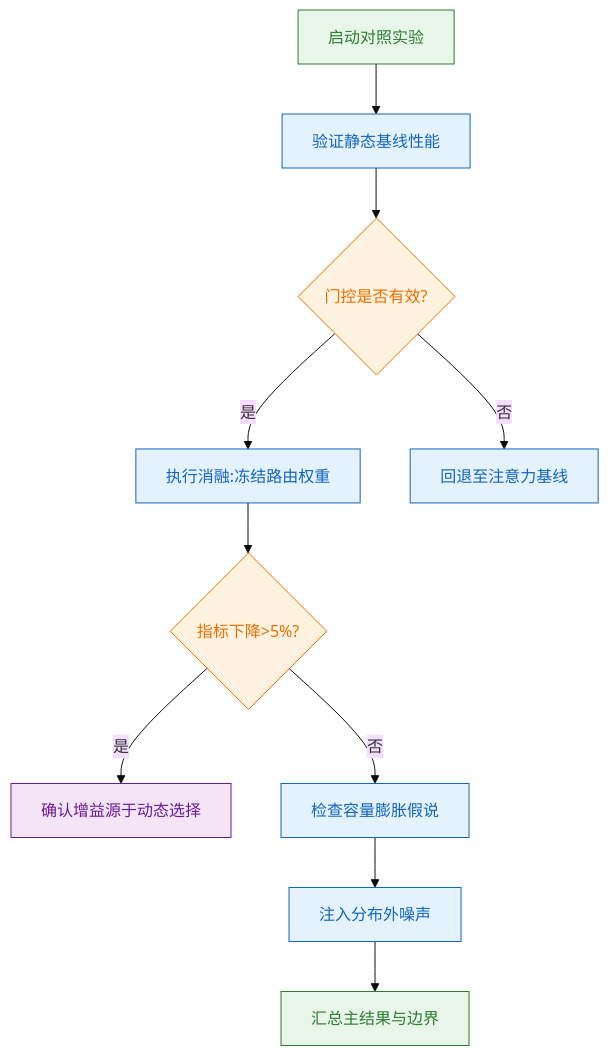
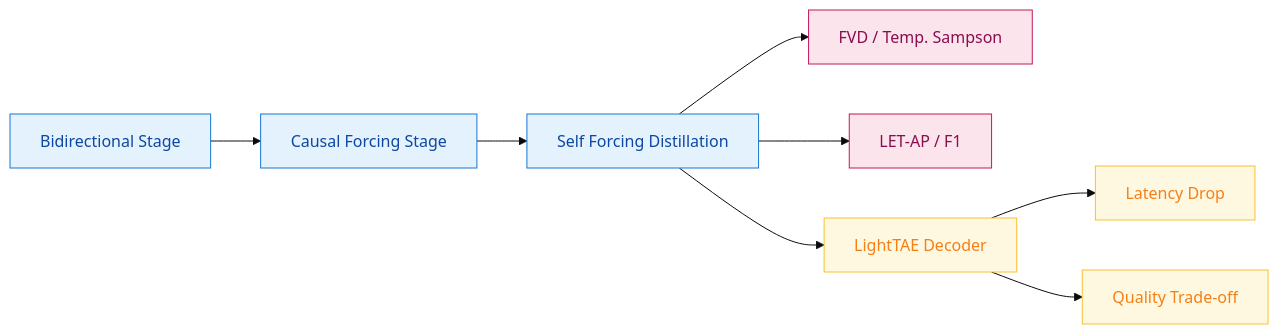
The sixth of 13 diagrams in person_vault/2026-06-12_OmniDreamsRealTimeGenerativeWorldModel_2606.03159/report.md (ShinewineW/paper-rolling), drawn with Mermaid (base theme) before and after one commit. The commit also changed other lines of this file and 51 other files, not shown here.

````diff
--- a/person_vault/2026-06-12_OmniDreamsRealTimeGenerativeWorldModel_2606.03159/report.md
+++ b/person_vault/2026-06-12_OmniDreamsRealTimeGenerativeWorldModel_2606.03159/report.md
@@ -246,17 +372,13 @@
 ```mermaid
-flowchart TD
-    classDef start fill:#e8f5e9,stroke:#2e7d32,color:#2e7d32;
-    classDef process fill:#e3f2fd,stroke:#1565c0,color:#1565c0;
-    classDef decision fill:#fff3e0,stroke:#ef6c00,color:#ef6c00;
-    classDef data fill:#f3e5f5,stroke:#6a1b9a,color:#6a1b9a;
+flowchart LR
+  classDef stage fill:#e3f2fd,color:#0d47a1,stroke:#1976d2
+  classDef metric fill:#fce4ec,color:#880e4f,stroke:#c2185b
+  classDef trade fill:#fff8e1,color:#f57f17,stroke:#fbc02d
 
-    start["启动对照实验"]:::start --> check_baseline["验证静态基线性能"]:::process
-    check_baseline --> gate_test{门控是否有效?}:::decision
-    gate_test -- 是 --> ablation["执行消融:冻结路由权重"]:::process
-    gate_test -- 否 --> fallback["回退至注意力基线"]:::process
-    ablation --> metric_check{指标下降>5%?}:::decision
-    metric_check -- 是 --> confirm["确认增益源于动态选择"]:::data
-    metric_check -- 否 --> capacity_check["检查容量膨胀假说"]:::process
-    capacity_check --> ood_test["注入分布外噪声"]:::process
-    ood_test --> final_report["汇总主结果与边界"]:::start
+  bid["Bidirectional Stage"]:::stage --> causal["Causal Forcing Stage"]:::stage --> self["Self Forcing Distillation"]:::stage
+  self --> fvd["FVD / Temp. Sampson"]:::metric
+  self --> bev["LET-AP / F1"]:::metric
+  self --> light["LightTAE Decoder"]:::trade
+  light --> speed["Latency Drop"]:::trade
+  light --> qual["Quality Trade-off"]:::trade
 ```
````
